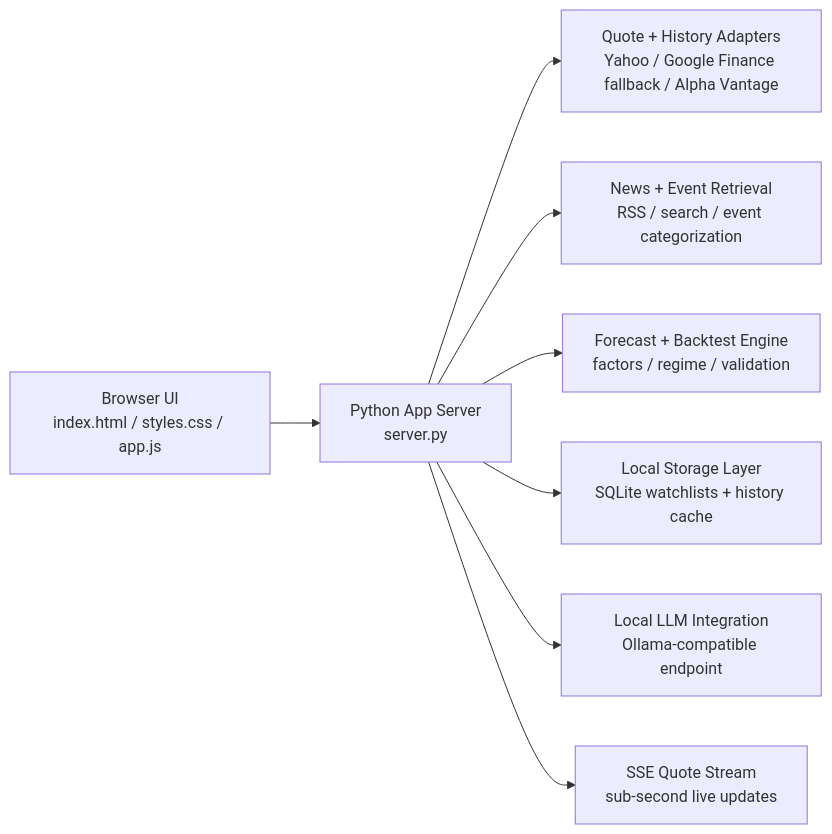
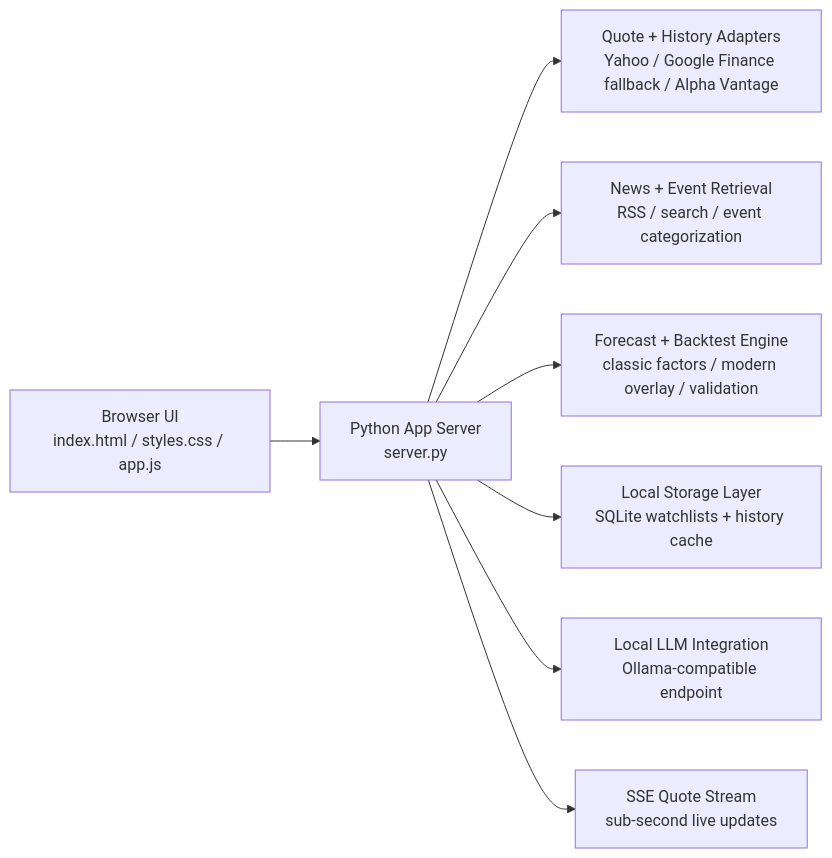
One commit to sarsiz/Financial-Market-Dashboard changed the diagram in README.md. Above: the diagram before and after it, drawn with Mermaid. The commit also changed other lines of this file and 7 other files, not shown here.

````diff
--- a/README.md
+++ b/README.md
@@ -32,10 +33,10 @@
 ```mermaid
 flowchart LR
   A["Browser UI<br/>index.html / styles.css / app.js"] --> B["Python App Server<br/>server.py"]
   B --> C["Quote + History Adapters<br/>Yahoo / Google Finance fallback / Alpha Vantage"]
   B --> D["News + Event Retrieval<br/>RSS / search / event categorization"]
-  B --> E["Forecast + Backtest Engine<br/>factors / regime / validation"]
+  B --> E["Forecast + Backtest Engine<br/>classic factors / modern overlay / validation"]
   B --> F["Local Storage Layer<br/>SQLite watchlists + history cache"]
   B --> G["Local LLM Integration<br/>Ollama-compatible endpoint"]
   B --> H["SSE Quote Stream<br/>sub-second live updates"]
 ```
````
